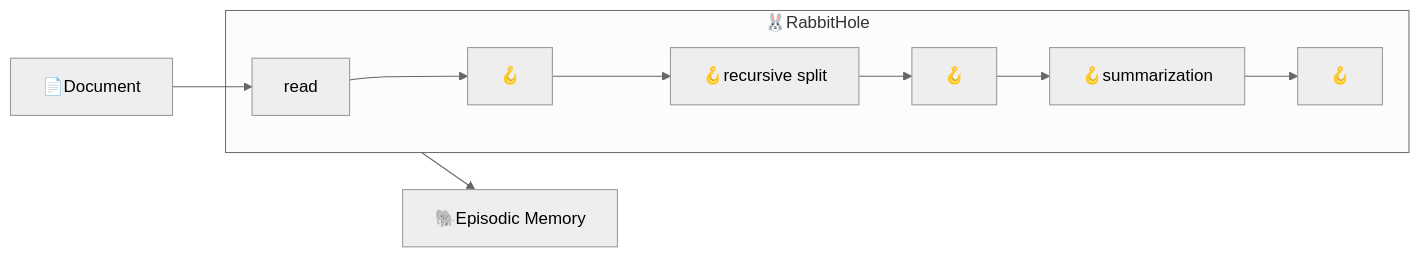
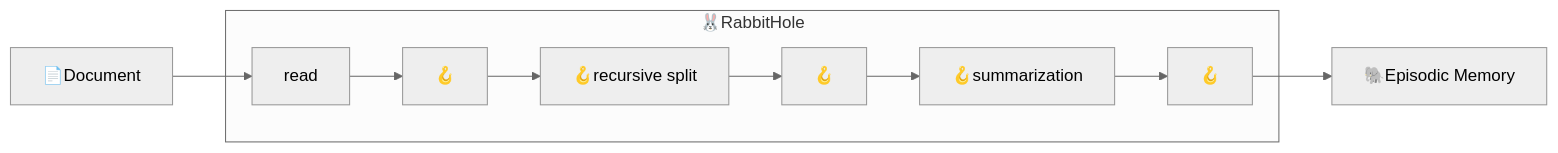
One commit to cheshire-cat-ai/core changed the diagram in mkdocs/conceptual/cheshire_cat/rabbit_hole.md. Above: the diagram before and after it, drawn with Mermaid (neutral theme). The commit also changed other lines of this file and 9 other files, not shown here.

````diff
--- a/mkdocs/conceptual/cheshire_cat/rabbit_hole.md
+++ b/mkdocs/conceptual/cheshire_cat/rabbit_hole.md
@@ -13,13 +13,13 @@
 ```mermaid
 
 flowchart LR
 A["📄Document"] --> B[read];
 subgraph rb ["🐰RabbitHole"]
 B[read] --> C["🪝"];
 C["🪝"] --> D[recursive split];
 D["🪝recursive split"] --> E["🪝"];
 E["🪝"] --> F["🪝summarization"];
 F["🪝summarization"] --> G["🪝"];
 end
-rb --> H["🐘Episodic Memory"] 
+G["🪝"] --> H["🐘Episodic Memory"] 
 ```
````
